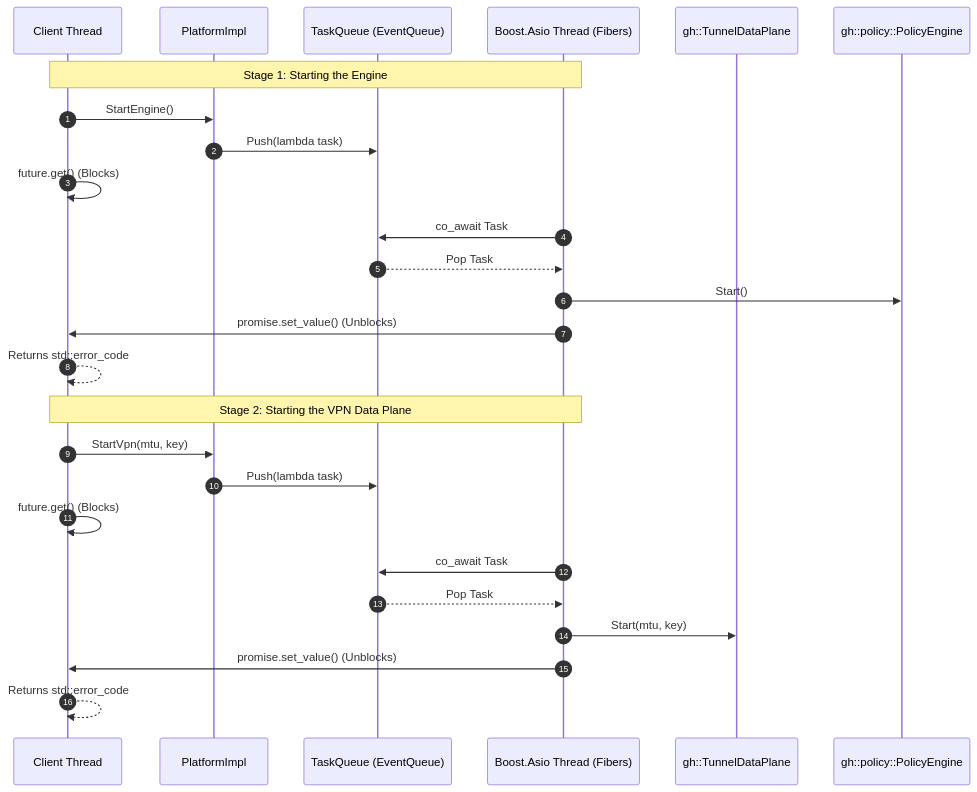
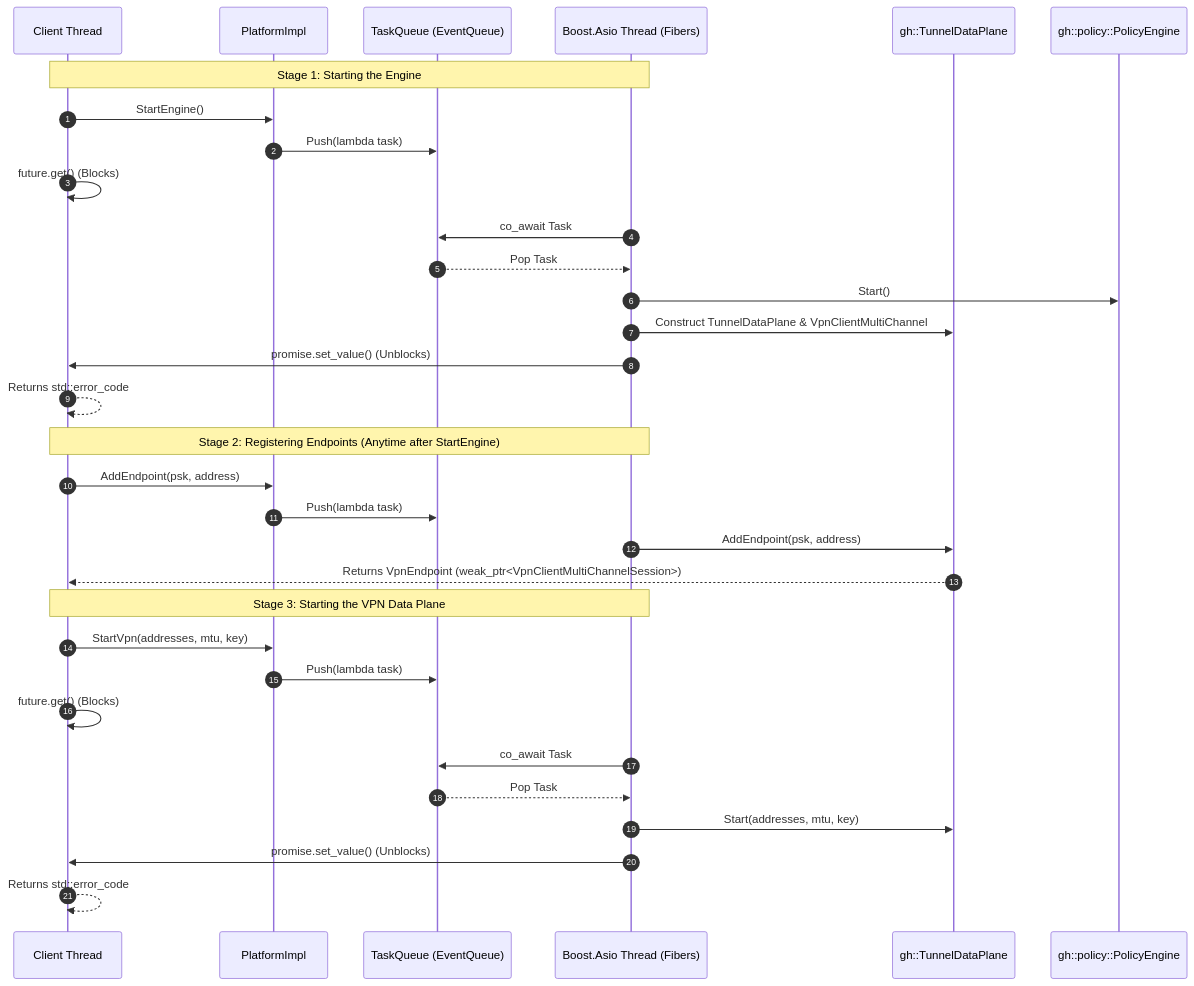
The diagram in src/windows/DESIGN.md (kghost/great-hole), drawn with Mermaid before and after one commit. The commit also changed other lines of this file and 9 other files, not shown here.

First line of the commit message:
Refactor VpnClientMultiChannel and TunnelDataPlane for improved session management and lifecycle control

````diff
--- a/src/windows/DESIGN.md
+++ b/src/windows/DESIGN.md
@@ -22,32 +22,39 @@
 ```mermaid
 sequenceDiagram
     autonumber
     participant Client as Client Thread
     participant Impl as PlatformImpl
     participant Queue as TaskQueue (EventQueue)
     participant Asio as Boost.Asio Thread (Fibers)
     participant DP as gh::TunnelDataPlane
     participant PE as gh::policy::PolicyEngine
 
     Note over Client, Asio: Stage 1: Starting the Engine
     Client->>Impl: StartEngine()
     Impl->>Queue: Push(lambda task)
     Client->>Client: future.get() (Blocks)
     
     Asio->>Queue: co_await Task
     Queue-->>Asio: Pop Task
     Asio->>PE: Start()
+    Asio->>DP: Construct TunnelDataPlane & VpnClientMultiChannel
     Asio->>Client: promise.set_value() (Unblocks)
     Client-->>Client: Returns std::error_code
 
-    Note over Client, Asio: Stage 2: Starting the VPN Data Plane
-    Client->>Impl: StartVpn(mtu, key)
+    Note over Client, Asio: Stage 2: Registering Endpoints (Anytime after StartEngine)
+    Client->>Impl: AddEndpoint(psk, address)
+    Impl->>Queue: Push(lambda task)
+    Asio->>DP: AddEndpoint(psk, address)
+    DP-->>Client: Returns VpnEndpoint (weak_ptr<VpnClientMultiChannelSession>)
+
+    Note over Client, Asio: Stage 3: Starting the VPN Data Plane
+    Client->>Impl: StartVpn(addresses, mtu, key)
     Impl->>Queue: Push(lambda task)
     Client->>Client: future.get() (Blocks)
     
     Asio->>Queue: co_await Task
     Queue-->>Asio: Pop Task
-    Asio->>DP: Start(mtu, key)
+    Asio->>DP: Start(addresses, mtu, key)
     Asio->>Client: promise.set_value() (Unblocks)
     Client-->>Client: Returns std::error_code
 ```
````
